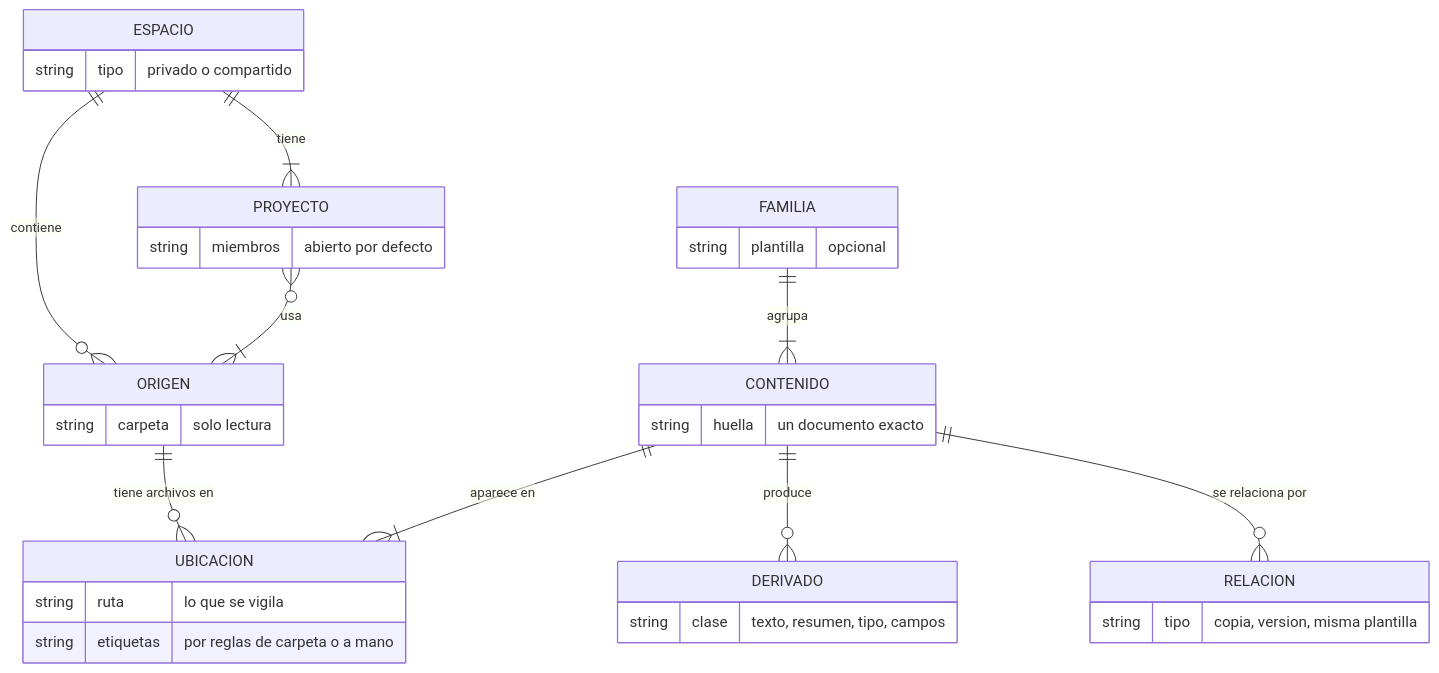
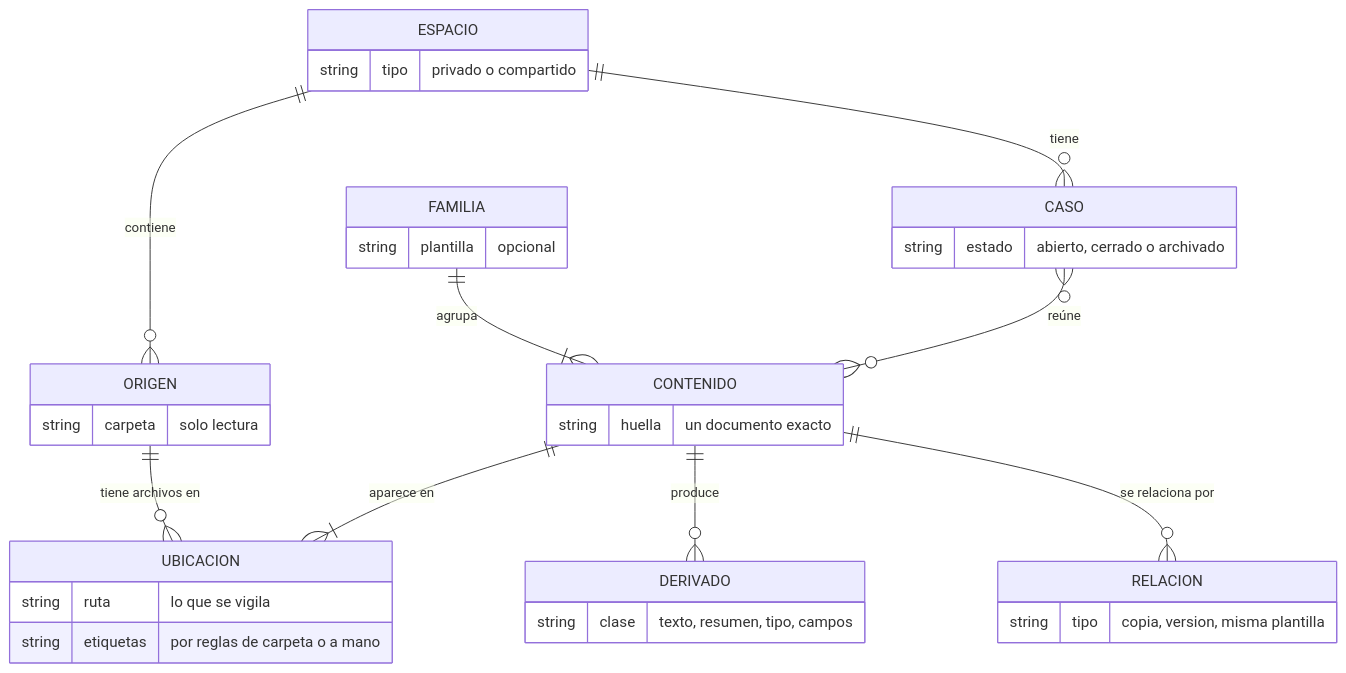
Before and after one commit to Micelya/llm_wiki: the first of 7 diagrams in docs/design/base-documental.md, drawn with Mermaid. The commit also changed other lines of this file and 7 other files, not shown here.

````diff
--- a/docs/design/base-documental.md
+++ b/docs/design/base-documental.md
@@ -29,23 +29,23 @@
 ```mermaid
 erDiagram
     ESPACIO ||--o{ ORIGEN : contiene
     ORIGEN ||--o{ UBICACION : "tiene archivos en"
     CONTENIDO ||--|{ UBICACION : "aparece en"
     CONTENIDO ||--o{ DERIVADO : produce
     FAMILIA ||--|{ CONTENIDO : agrupa
     CONTENIDO ||--o{ RELACION : "se relaciona por"
-    ESPACIO ||--|{ PROYECTO : tiene
-    PROYECTO }o--|{ ORIGEN : usa
+    ESPACIO ||--o{ CASO : tiene
+    CASO }o--o{ CONTENIDO : "reúne"
 
     ESPACIO { string tipo "privado o compartido" }
     ORIGEN { string carpeta "solo lectura" }
     UBICACION {
         string ruta "lo que se vigila"
         string etiquetas "por reglas de carpeta o a mano"
     }
     CONTENIDO { string huella "un documento exacto" }
     DERIVADO { string clase "texto, resumen, tipo, campos" }
     FAMILIA { string plantilla "opcional" }
     RELACION { string tipo "copia, version, misma plantilla" }
-    PROYECTO { string miembros "abierto por defecto" }
+    CASO { string estado "abierto, cerrado o archivado" }
 ```
````
